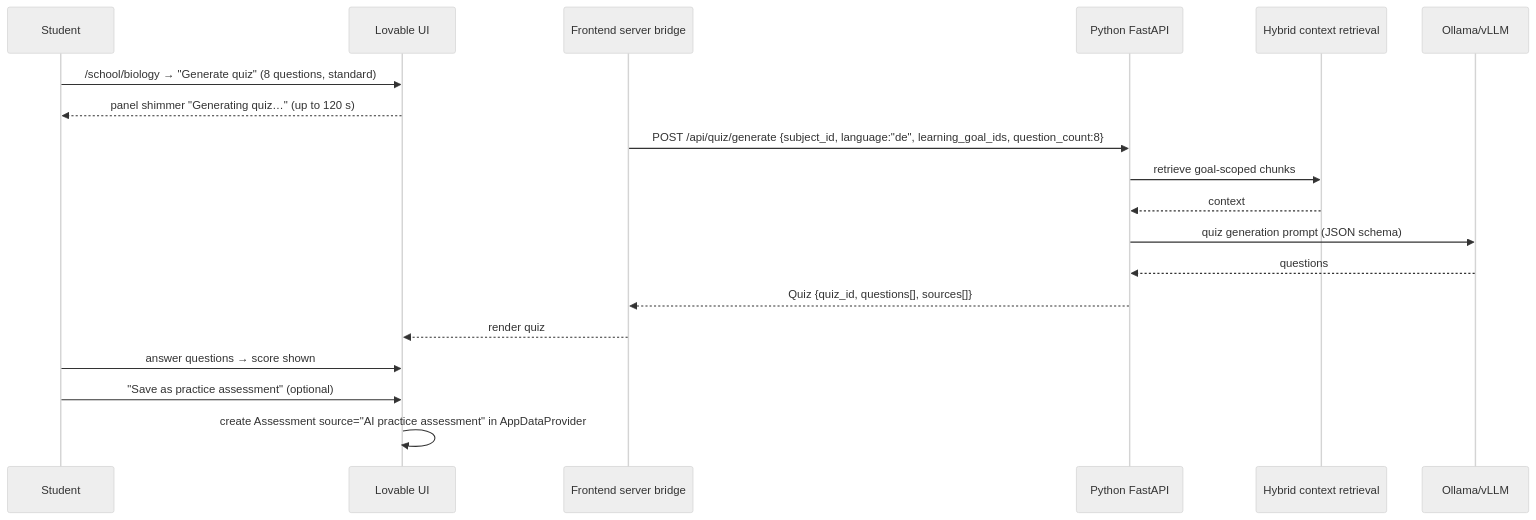
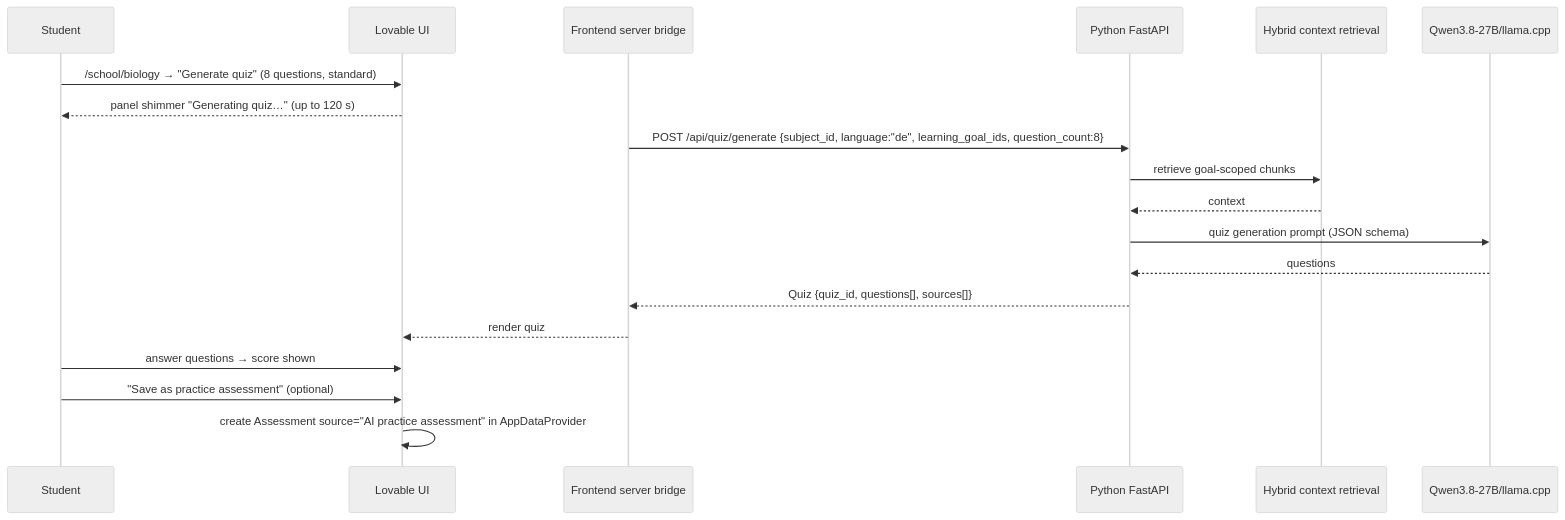
Before and after one commit to keyshavmor/study-swiss-star: the seventh of 14 diagrams in lovabledocs/USER_FLOWS.md, drawn with Mermaid (neutral theme). The commit also changed other lines of this file and 392 other files, not shown here.

````diff
--- a/lovabledocs/USER_FLOWS.md
+++ b/lovabledocs/USER_FLOWS.md
@@ -147,21 +152,21 @@
 ```mermaid
 sequenceDiagram
     participant Student
     participant UI as Lovable UI
     participant SF as Frontend server bridge
     participant PY as Python FastAPI
     participant RAG as Hybrid context retrieval
-    participant LLM as Ollama/vLLM
+    participant LLM as Qwen3.8-27B/llama.cpp
     Student->>UI: /school/biology → "Generate quiz" (8 questions, standard)
     UI-->>Student: panel shimmer "Generating quiz…" (up to 120 s)
     SF->>PY: POST /api/quiz/generate {subject_id, language:"de", learning_goal_ids, question_count:8}
     PY->>RAG: retrieve goal-scoped chunks
     RAG-->>PY: context
     PY->>LLM: quiz generation prompt (JSON schema)
     LLM-->>PY: questions
     PY-->>SF: Quiz {quiz_id, questions[], sources[]}
     SF-->>UI: render quiz
     Student->>UI: answer questions → score shown
     Student->>UI: "Save as practice assessment" (optional)
     UI->>UI: create Assessment source="AI practice assessment" in AppDataProvider
 ```
````
